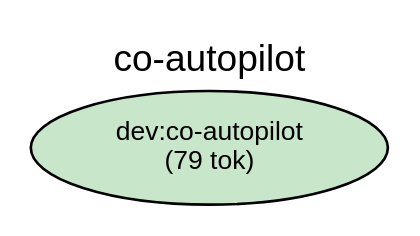
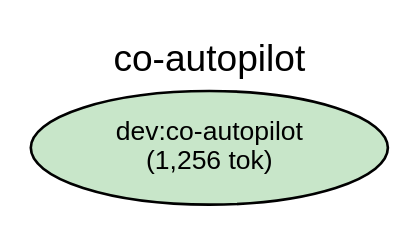
The diagram in plugins/dev/docs/deps-co-autopilot.dot (shuu5/twill), drawn with Graphviz before and after one commit. The commit also changed 35 other files, not shown here.

```diff
--- a/plugins/dev/docs/deps-co-autopilot.dot
+++ b/plugins/dev/docs/deps-co-autopilot.dot
@@ -1,37 +1,37 @@
 digraph Dependencies {
     // Graph settings
     rankdir=LR;
     ranksep=0.8;
     nodesep=0.3;
     fontname="Helvetica";
     node [fontname="Helvetica", fontsize=10];
     edge [fontname="Helvetica", fontsize=9];
     label="co-autopilot";
     labelloc=t;
     fontsize=14;
 
     // L0: Controller Skills
-    skill_co_autopilot [label="dev:co-autopilot\n(79 tok)", shape=ellipse, style=filled, fillcolor="#c8e6c9"];
+    skill_co_autopilot [label="dev:co-autopilot\n(1,256 tok)", shape=ellipse, style=filled, fillcolor="#c8e6c9"];
 
     // L0: Launchers
 
     // L0.5: Workflow Skills
 
     // Reference Skills
 
     // L1: Direct Commands
 
     // L2: Sub Commands
 
     // L3: Agents
 
     // L3.5: Scripts
 
     // L4: External
 
     // Layer constraints
     { rank=same; skill_co_autopilot; }
 
     // Edges
 
 }
```
